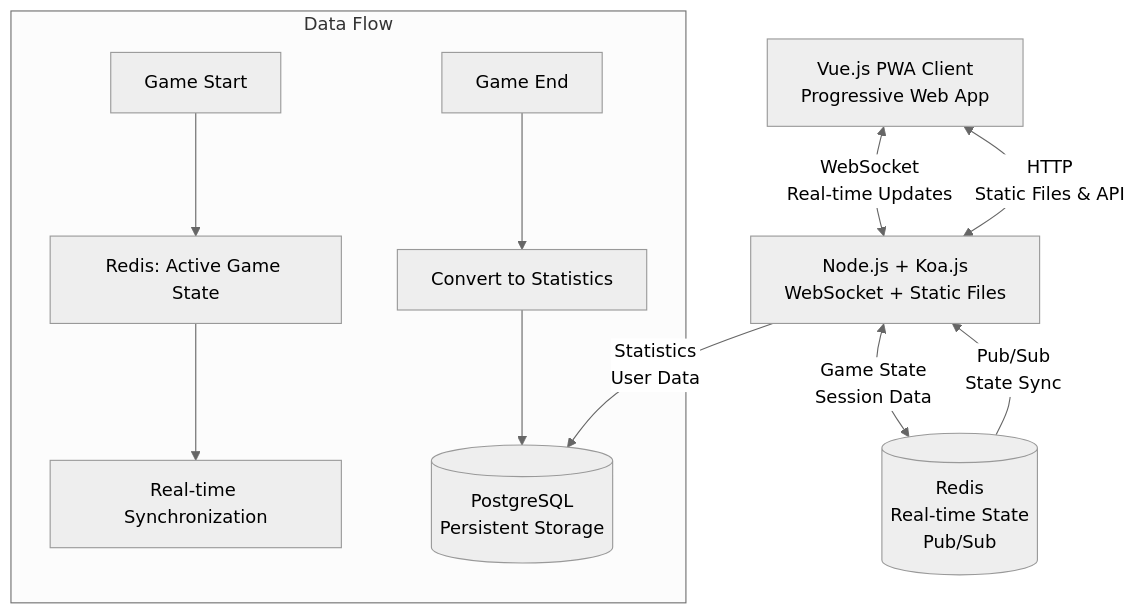
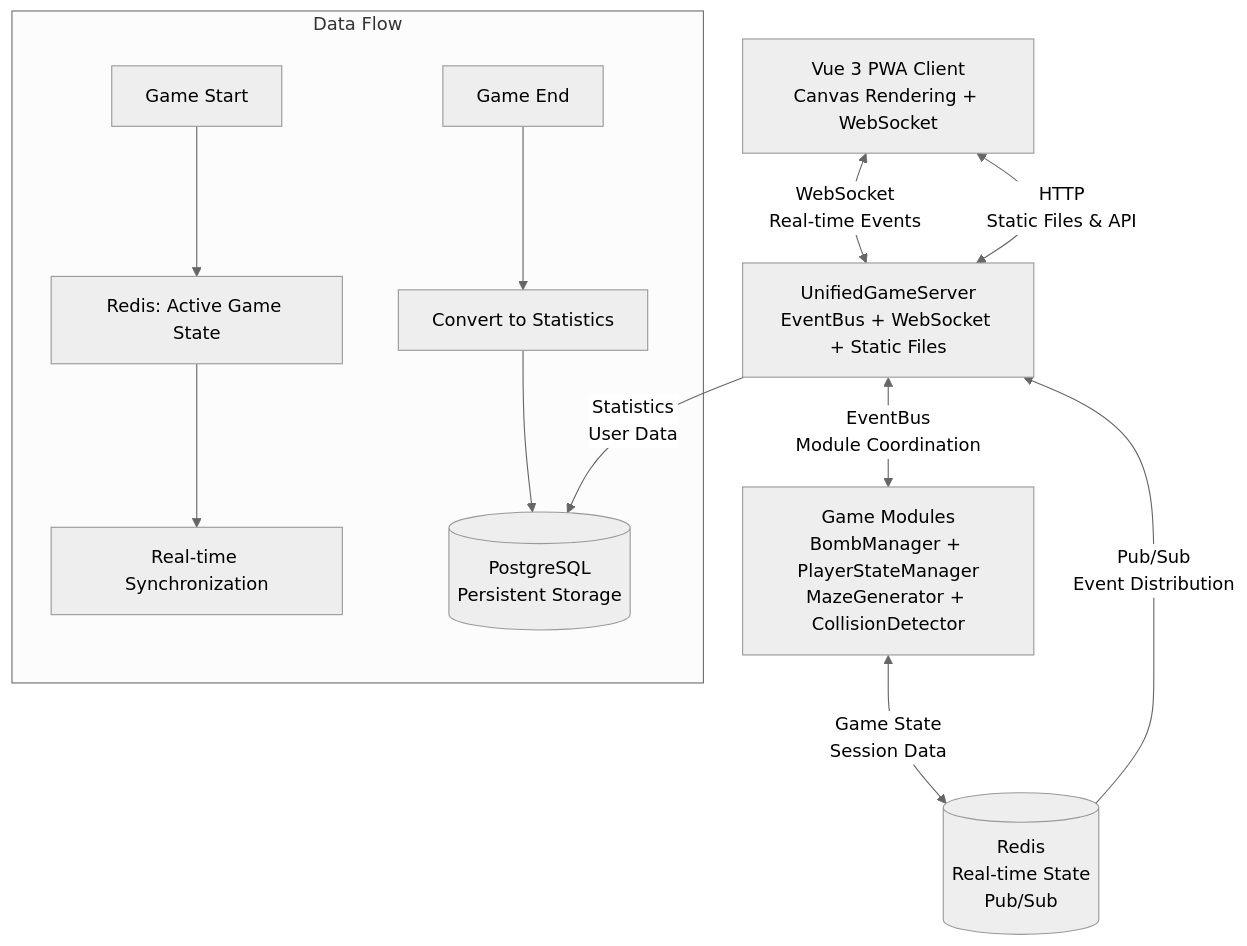
The first of 2 diagrams in docs/tech-stack.md (alexmakeev/bomberman), drawn with Mermaid (neutral theme) before and after one commit. The commit also changed other lines of this file and 3 other files, not shown here.

````diff
--- a/docs/tech-stack.md
+++ b/docs/tech-stack.md
@@ -14,20 +15,22 @@
 ```mermaid
 graph TB
-    Client[Vue.js PWA Client<br/>Progressive Web App]
-    Server[Node.js + Koa.js<br/>WebSocket + Static Files]
+    Client[Vue 3 PWA Client<br/>Canvas Rendering + WebSocket]
+    Server[UnifiedGameServer<br/>EventBus + WebSocket + Static Files]
+    Modules[Game Modules<br/>BombManager + PlayerStateManager<br/>MazeGenerator + CollisionDetector]
     Redis[(Redis<br/>Real-time State<br/>Pub/Sub)]
     PostgreSQL[(PostgreSQL<br/>Persistent Storage)]
     
-    Client <-->|WebSocket<br/>Real-time Updates| Server
+    Client <-->|WebSocket<br/>Real-time Events| Server
     Client <-->|HTTP<br/>Static Files & API| Server
-    Server <-->|Game State<br/>Session Data| Redis
+    Server <-->|EventBus<br/>Module Coordination| Modules
+    Modules <-->|Game State<br/>Session Data| Redis
     Server -->|Statistics<br/>User Data| PostgreSQL
-    Redis -->|Pub/Sub<br/>State Sync| Server
+    Redis -->|Pub/Sub<br/>Event Distribution| Server
     
     subgraph "Data Flow"
         GameStart[Game Start] --> RedisState[Redis: Active Game State]
         RedisState --> RealTimeSync[Real-time Synchronization]
         GameEnd[Game End] --> StateToStats[Convert to Statistics]
         StateToStats --> PostgreSQL
     end
 ```
````
